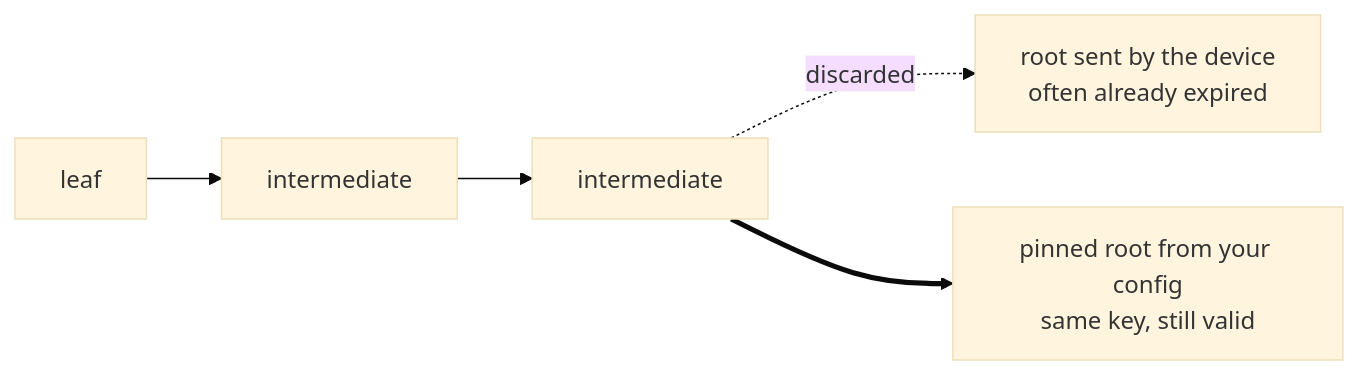
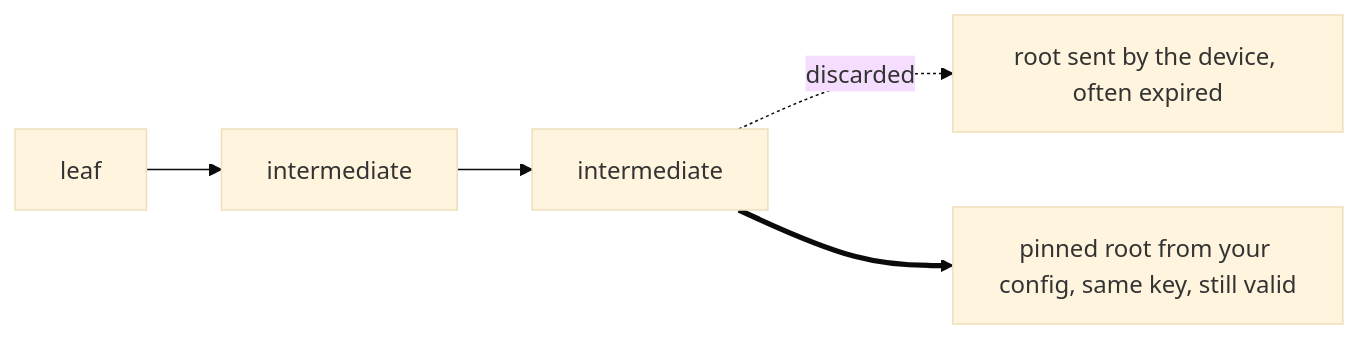
The third of 5 diagrams in README.md (PabloNAX/attestation-verifier), drawn with Mermaid (base theme) before and after one commit. The commit also changed other lines of this file, not shown here.

Commit message:
README: one flow diagram per platform, tighter prose

````diff
--- a/README.md
+++ b/README.md
@@ -107,6 +102,6 @@
 ```mermaid
 flowchart LR
-  L["leaf"] --> I1["intermediate"] --> I2["intermediate"]
-  I2 -. discarded .-> R["root sent by the device<br/>often already expired"]
-  I2 ==> P["pinned root from your config<br/>same key, still valid"]
+    L["leaf"] --> I1["intermediate"] --> I2["intermediate"]
+    I2 -. discarded .-> R["root sent by the device, often expired"]
+    I2 ==> P["pinned root from your config, same key, still valid"]
 ```
````
